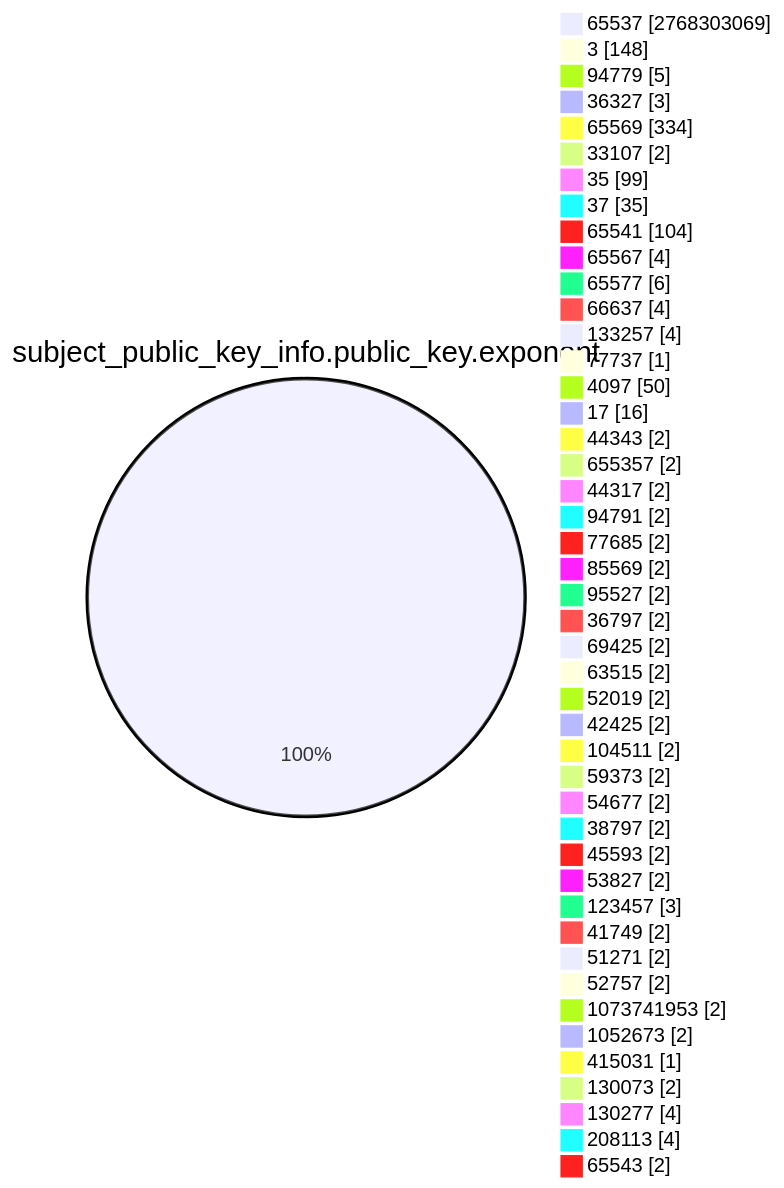
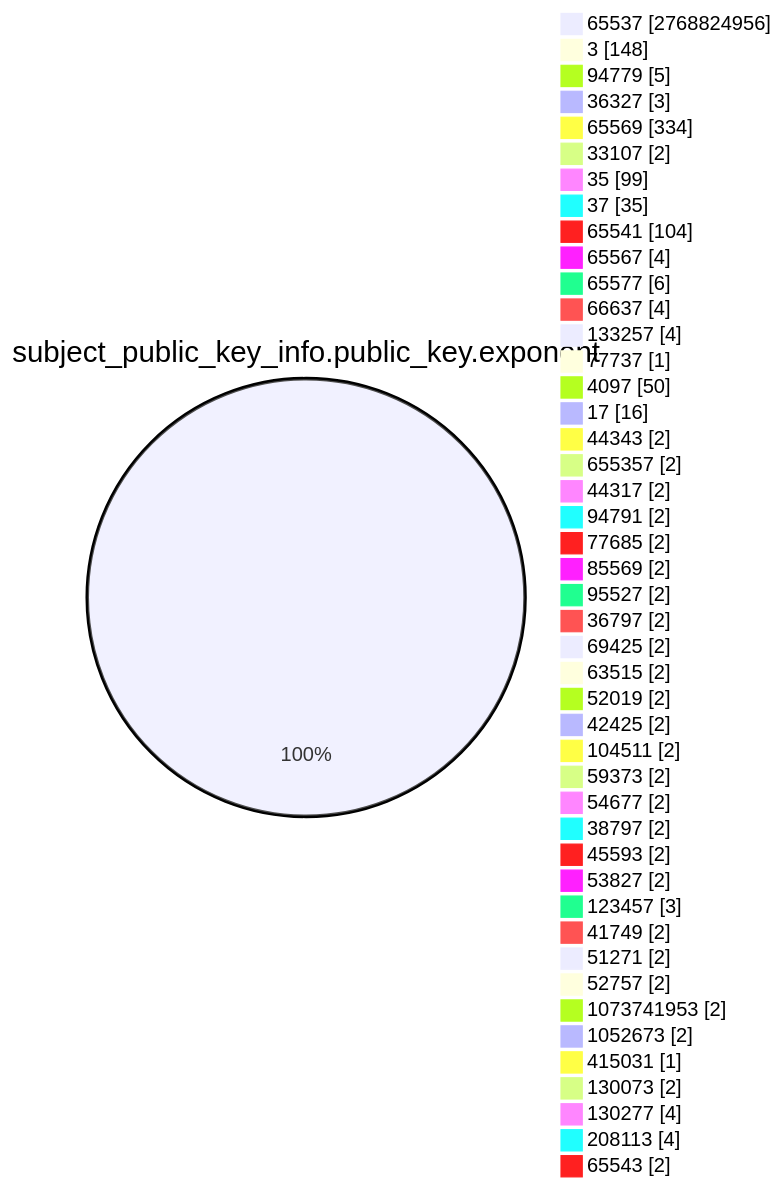
One commit to christiankrug/ctmonitor_visualization changed the fourth of 15 diagrams in TOTAL/README.md. Above: the diagram before and after it, drawn with Mermaid. The commit also changed other lines of this file, not shown here.

````diff
--- a/TOTAL/README.md
+++ b/TOTAL/README.md
@@ -1467,49 +1467,49 @@
 ```mermaid
 pie showData
 title subject_public_key_info.public_key.exponent
-"65537" :2768303069
+"65537" :2768824956
 "3" :148
 "94779" :5
 "36327" :3
 "65569" :334
 "33107" :2
 "35" :99
 "37" :35
 "65541" :104
 "65567" :4
 "65577" :6
 "66637" :4
 "133257" :4
 "77737" :1
 "4097" :50
 "17" :16
 "44343" :2
 "655357" :2
 "44317" :2
 "94791" :2
 "77685" :2
 "85569" :2
 "95527" :2
 "36797" :2
 "69425" :2
 "63515" :2
 "52019" :2
 "42425" :2
 "104511" :2
 "59373" :2
 "54677" :2
 "38797" :2
 "45593" :2
 "53827" :2
 "123457" :3
 "41749" :2
 "51271" :2
 "52757" :2
 "1073741953" :2
 "1052673" :2
 "415031" :1
 "130073" :2
 "130277" :4
 "208113" :4
 "65543" :2
 ```
````
